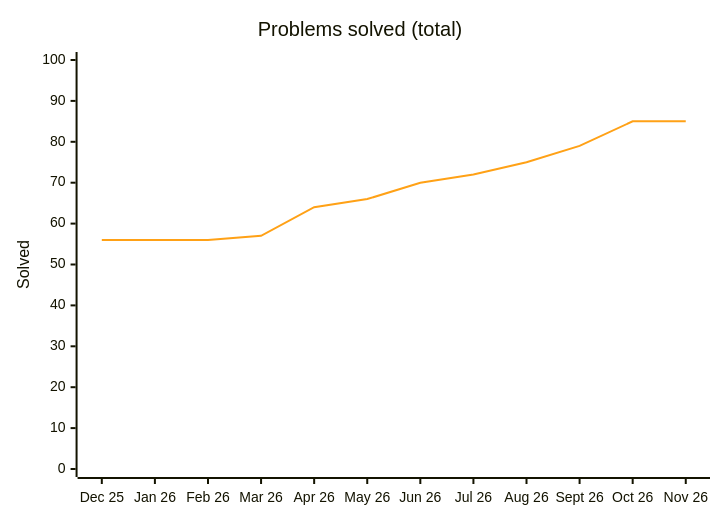
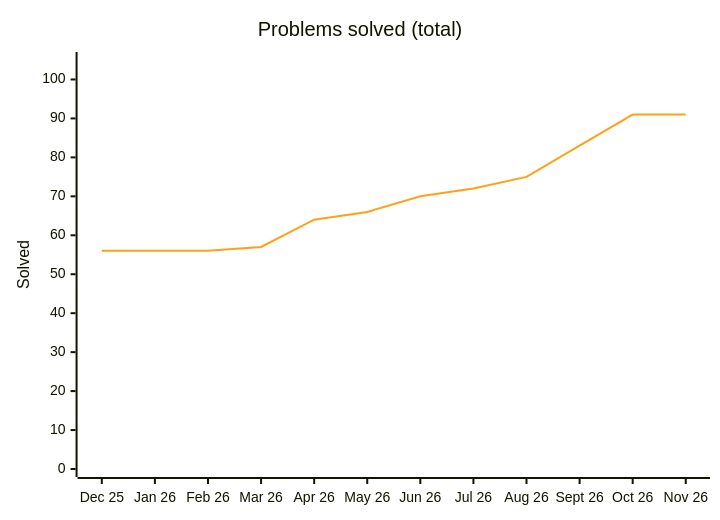
One commit to Ved-u/Java-DSA changed the diagram in README.md. Above: the diagram before and after it, drawn with Mermaid. The commit also changed other lines of this file and 9 other files, not shown here.

````diff
--- a/README.md
+++ b/README.md
@@ -53,8 +53,8 @@
 ```mermaid
 %%{init: {"themeVariables": {"xyChart": {"plotColorPalette": "#ffa116"}}}}%%
 xychart-beta
     title "Problems solved (total)"
     x-axis ["Dec 25", "Jan 26", "Feb 26", "Mar 26", "Apr 26", "May 26", "Jun 26", "Jul 26", "Aug 26", "Sept 26", "Oct 26", "Nov 26"]
-    y-axis "Solved" 0 --> 100
-    line [56, 56, 56, 57, 64, 66, 70, 72, 75, 79, 85, 85]
+    y-axis "Solved" 0 --> 105
+    line [56, 56, 56, 57, 64, 66, 70, 72, 75, 83, 91, 91]
 ```
````
